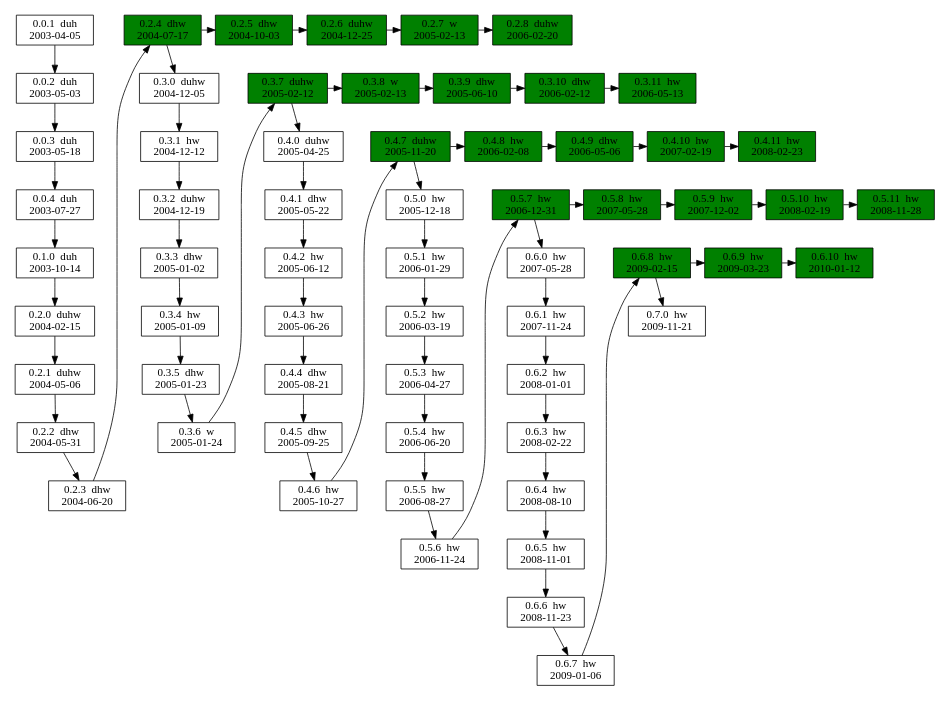
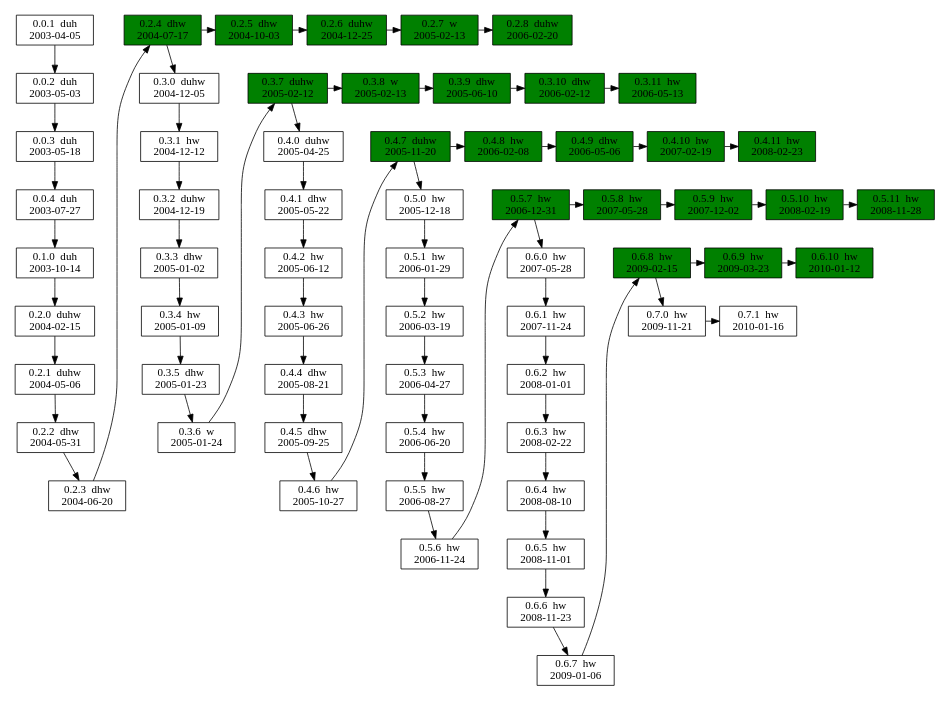
The diagram in www/versions.dot (vanhoefm/krackattacks-scripts), drawn with Graphviz before and after one commit. The commit also changed 13 other files, not shown here.

```diff
--- a/www/versions.dot
+++ b/www/versions.dot
@@ -1,111 +1,112 @@
 digraph versions {
 	size="10,6"
 #	rankdir=LR
 
 # development releases
 
 	node [shape=box]
 	v001 [label="0.0.1  duh\n2003-04-05"]
 	v002 [label="0.0.2  duh\n2003-05-03"]
 	v003 [label="0.0.3  duh\n2003-05-18"]
 	v004 [label="0.0.4  duh\n2003-07-27"]
 	v010 [label="0.1.0  duh\n2003-10-14"]
 	v020 [label="0.2.0  duhw\n2004-02-15"]
 	v021 [label="0.2.1  duhw\n2004-05-06"]
 	v022 [label="0.2.2  dhw\n2004-05-31"]
 	v023 [label="0.2.3  dhw\n2004-06-20"]
 	v030 [label="0.3.0  duhw\n2004-12-05"]
 	v031 [label="0.3.1  hw\n2004-12-12"]
 	v032 [label="0.3.2  duhw\n2004-12-19"]
 	v033 [label="0.3.3  dhw\n2005-01-02"]
 	v034 [label="0.3.4  hw\n2005-01-09"]
 	v035 [label="0.3.5  dhw\n2005-01-23"]
 	v036 [label="0.3.6  w\n2005-01-24"]
 
 	v040 [label="0.4.0  duhw\n2005-04-25"]
 	v041 [label="0.4.1  dhw\n2005-05-22"]
 	v042 [label="0.4.2  hw\n2005-06-12"]
 	v043 [label="0.4.3  hw\n2005-06-26"]
 	v044 [label="0.4.4  dhw\n2005-08-21"]
 	v045 [label="0.4.5  dhw\n2005-09-25"]
 	v046 [label="0.4.6  hw\n2005-10-27"]
 	v050 [label="0.5.0  hw\n2005-12-18"]
 	v051 [label="0.5.1  hw\n2006-01-29"]
 	v052 [label="0.5.2  hw\n2006-03-19"]
 	v053 [label="0.5.3  hw\n2006-04-27"]
 	v054 [label="0.5.4  hw\n2006-06-20"]
 	v055 [label="0.5.5  hw\n2006-08-27"]
 	v056 [label="0.5.6  hw\n2006-11-24"]
 	v060 [label="0.6.0  hw\n2007-05-28"]
 	v061 [label="0.6.1  hw\n2007-11-24"]
 	v062 [label="0.6.2  hw\n2008-01-01"]
 	v063 [label="0.6.3  hw\n2008-02-22"]
 	v064 [label="0.6.4  hw\n2008-08-10"]
 	v065 [label="0.6.5  hw\n2008-11-01"]
 	v066 [label="0.6.6  hw\n2008-11-23"]
 	v067 [label="0.6.7  hw\n2009-01-06"]
 
 	v070 [label="0.7.0  hw\n2009-11-21"]
+	v071 [label="0.7.1  hw\n2010-01-16"]
 
 # stable releases
 
 	node [fillcolor=green style=filled]
 	v024 [label="0.2.4  dhw\n2004-07-17"]
 	v025 [label="0.2.5  dhw\n2004-10-03"]
 	v026 [label="0.2.6  duhw\n2004-12-25"]
 	v027 [label="0.2.7  w\n2005-02-13"]
 	v028 [label="0.2.8  duhw\n2006-02-20"]
 	v037 [label="0.3.7  duhw\n2005-02-12"]
 	v038 [label="0.3.8  w\n2005-02-13"]
 	v039 [label="0.3.9  dhw\n2005-06-10"]
 	v0310 [label="0.3.10  dhw\n2006-02-12"]
 	v0311 [label="0.3.11  hw\n2006-05-13"]
 	v047 [label="0.4.7  duhw\n2005-11-20"]
 	v048 [label="0.4.8  hw\n2006-02-08"]
 	v049 [label="0.4.9  dhw\n2006-05-06"]
 	v0410 [label="0.4.10  hw\n2007-02-19"]
 	v0411 [label="0.4.11  hw\n2008-02-23"]
 	v057 [label="0.5.7  hw\n2006-12-31"]
 	v058 [label="0.5.8  hw\n2007-05-28"]
 	v059 [label="0.5.9  hw\n2007-12-02"]
 	v0510 [label="0.5.10  hw\n2008-02-19"]
 	v0511 [label="0.5.11  hw\n2008-11-28"]
 	v068 [label="0.6.8  hw\n2009-02-15"]
 	v069 [label="0.6.9  hw\n2009-03-23"]
 	v0610 [label="0.6.10  hw\n2010-01-12"]
 
 # development releases
 
 	v001 -> v002 -> v003 -> v004
 	v004 -> v010 -> v020 -> v021 -> v022 -> v023 -> v024
 	v024 -> v030 -> v031 -> v032 -> v033 -> v034 -> v035 -> v036 -> v037
 	v037 -> v040 -> v041 -> v042 -> v043 -> v044 -> v045 -> v046 -> v047
 	v047 -> v050 -> v051 -> v052 -> v053 -> v054 -> v055 -> v056 -> v057
 	v057 -> v060 -> v061 -> v062 -> v063 -> v064 -> v065 -> v066 -> v067 -> v068
-	v068 -> v070
+	v068 -> v070 -> v071
 
 	{rank=same; v001 v024}
 	{rank=same; v030 v037}
 	{rank=same; v040 v047}
 	{rank=same; v050 v057}
 	{rank=same; v060 v068}
-	{rank=same; v070 v070}
+	{rank=same; v070 v071}
 
 # stable releases
 
 	v024 -> v025 -> v026 -> v027 -> v028
 	v037 -> v038 -> v039 -> v0310 -> v0311
 	v047 -> v048 -> v049 -> v0410 -> v0411
 	v057 -> v058 -> v059 -> v0510 -> v0511
 	v068 -> v069 -> v0610
 
 	{rank=same; v024 v025 v026 v027 v028}
 	{rank=same; v037 v038 v039 v0310 v0311}
 	{rank=same; v047 v048 v049 v0410 v0411}
 	{rank=same; v057 v058 v059 v0510 v0511}
 	{rank=same; v068 v069 v0610}
 
 #	edge [style=dashed,color=red]
 #	v030 -> v036
 
 }
```
